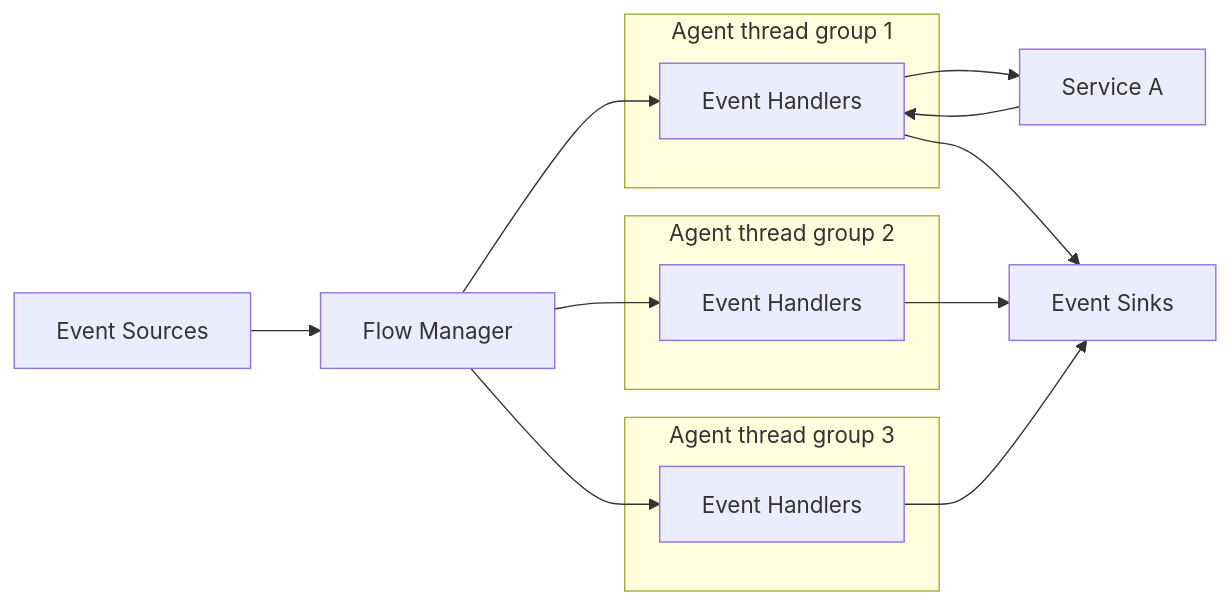
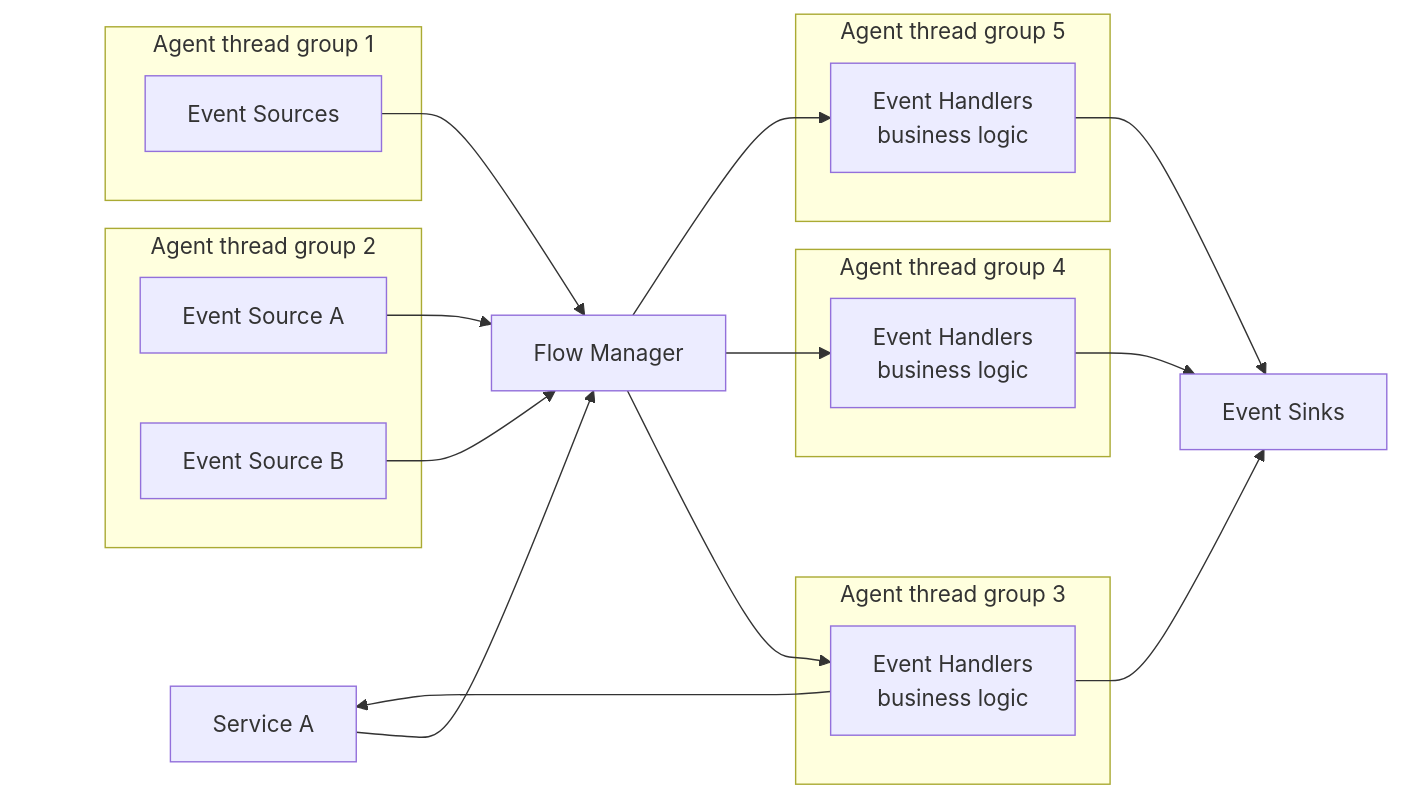
One commit to gregv12/fluxtion-server changed the first of 2 diagrams in docs/guide/overview.md. Above: the diagram before and after it, drawn with Mermaid. The commit also changed other lines of this file, not shown here.

Commit message:
update: refine event processing documentation with enhanced flow diagram and updated terminology

````diff
--- a/docs/guide/overview.md
+++ b/docs/guide/overview.md
@@ -8,22 +8,44 @@
 ```mermaid
 graph LR
-ES[Event Sources] --> FM[Flow Manager]
-SVCA[Service A] --> EH1
-EH1 --> SVCA
-FM --> EH1[Event Handlers]
-FM --> EH2[Event Handlers]
-FM --> EH3[Event Handlers]
-EH1 --> ESK[Event Sinks]
-EH2 --> ESK[Event Sinks]
-EH3 --> ESK[Event Sinks]
+    classDef invis fill:transparent,stroke:transparent,color:transparent;
+    anchor(( )):::invis
 
+    anchor --> SVCA[Service A]
+    linkStyle 0 stroke:transparent,opacity:0;
+
+    ES[Event Sources] --> FM[Flow Manager]
+    ES2[Event Source A] --> FM[Flow Manager]
+    ES3[Event Source B] --> FM[Flow Manager]
+    SVCA[Service A] --> FM
+    EH1 --> SVCA
+    FM --> EH1[Event Handlers 
+    business logic]
+    FM --> EH2[Event Handlers 
+    business logic]
+    FM --> EH3[Event Handlers 
+    business logic]
+    EH1 --> ESK[Event Sinks]
+    EH2 --> ESK[Event Sinks]
+    EH3 --> ESK[Event Sinks]
+
+
+   subgraph "Agent thread group 2"
+        ES2
+        ES3
+    end
+    
     subgraph "Agent thread group 1"
+        ES
+    end
+    
+
+    subgraph "Agent thread group 3"
         EH1
     end
-    subgraph "Agent thread group 2"
+    subgraph "Agent thread group 4"
         EH2
     end
-    subgraph "Agent thread group 3"
+    subgraph "Agent thread group 5"
         EH3
     end
 ```
````
